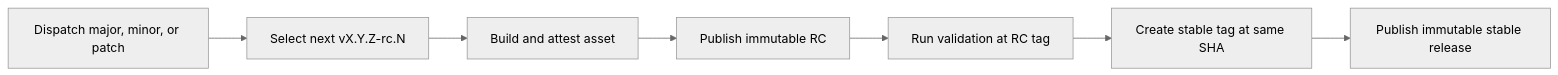
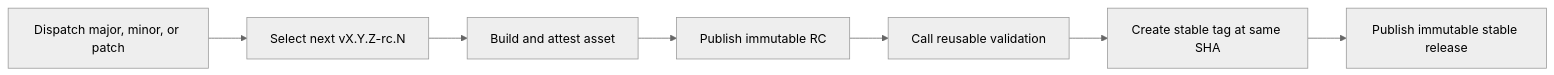
Before and after one commit to nodeselector/actions-release-demo: the diagram in README.md, drawn with Mermaid (neutral theme). The commit also changed other lines of this file and 2 other files, not shown here.

Commit message:
Release workflow: validate candidates through workflow call

````diff
--- a/README.md
+++ b/README.md
@@ -13,9 +13,9 @@
 ```mermaid
 flowchart LR
   D[Dispatch major, minor, or patch] --> C[Select next vX.Y.Z-rc.N]
   C --> B[Build and attest asset]
   B --> R[Publish immutable RC]
-  R --> T[Run validation at RC tag]
+  R --> T[Call reusable validation]
   T --> S[Create stable tag at same SHA]
   S --> P[Publish immutable stable release]
 ```
````
